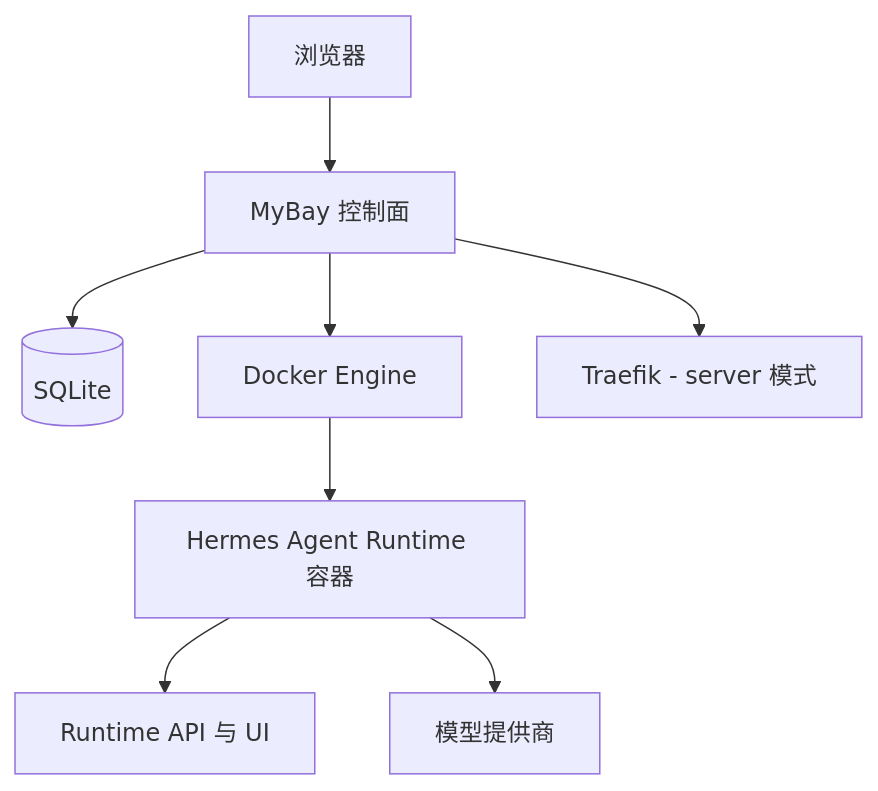
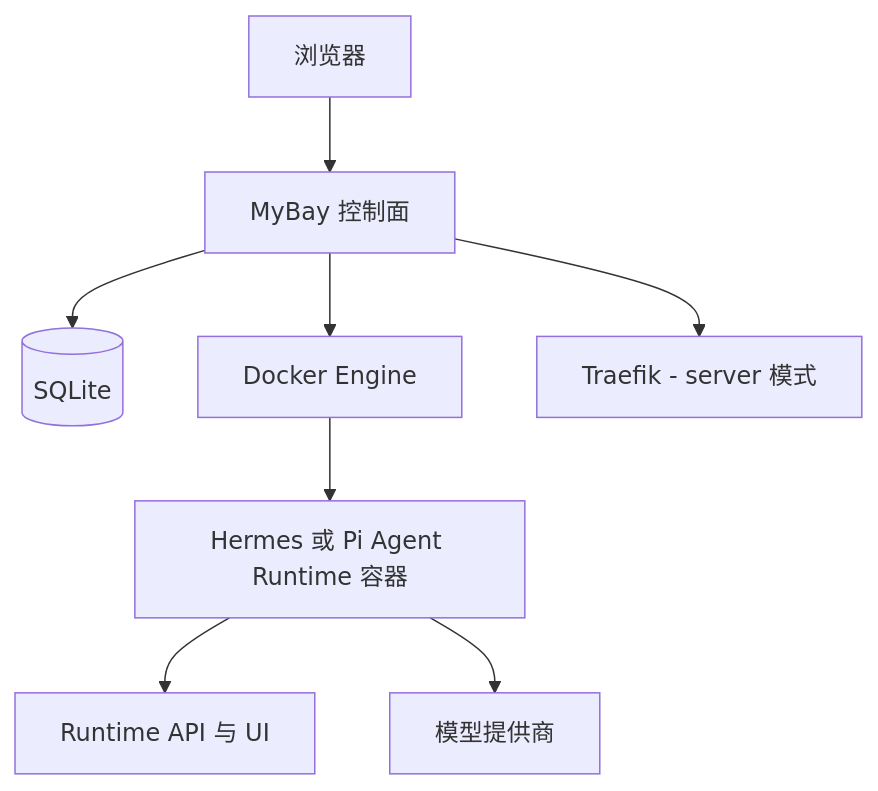
Before and after one commit to mybay-ai/mybay: the diagram in README.zh-CN.md, drawn with Mermaid. The commit also changed other lines of this file and 237 other files, not shown here.

First line of the commit message:
feat: complete Pi Runtime, A2A, file workflows, and Agent UX (#31)

````diff
--- a/README.zh-CN.md
+++ b/README.zh-CN.md
@@ -269,10 +294,10 @@
 ```mermaid
 flowchart TD
   B[浏览器] --> C[MyBay 控制面]
   C --> S[(SQLite)]
   C --> D[Docker Engine]
   C --> T[Traefik - server 模式]
-  D --> R[Hermes Agent Runtime 容器]
+  D --> R[Hermes 或 Pi Agent Runtime 容器]
   R --> A[Runtime API 与 UI]
   R --> M[模型提供商]
 ```
````
